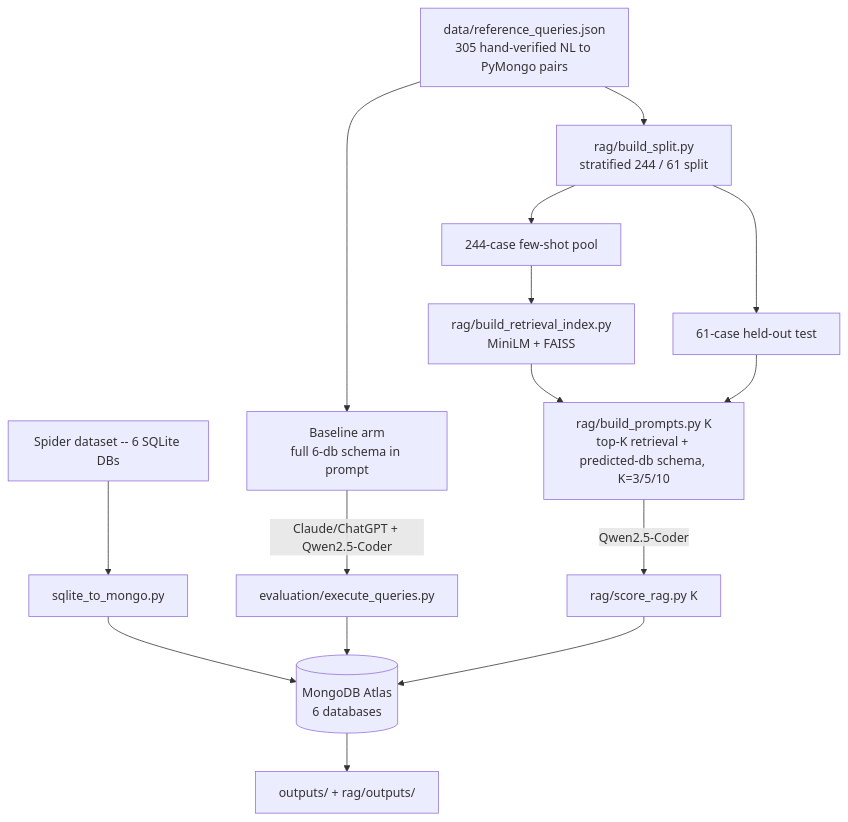
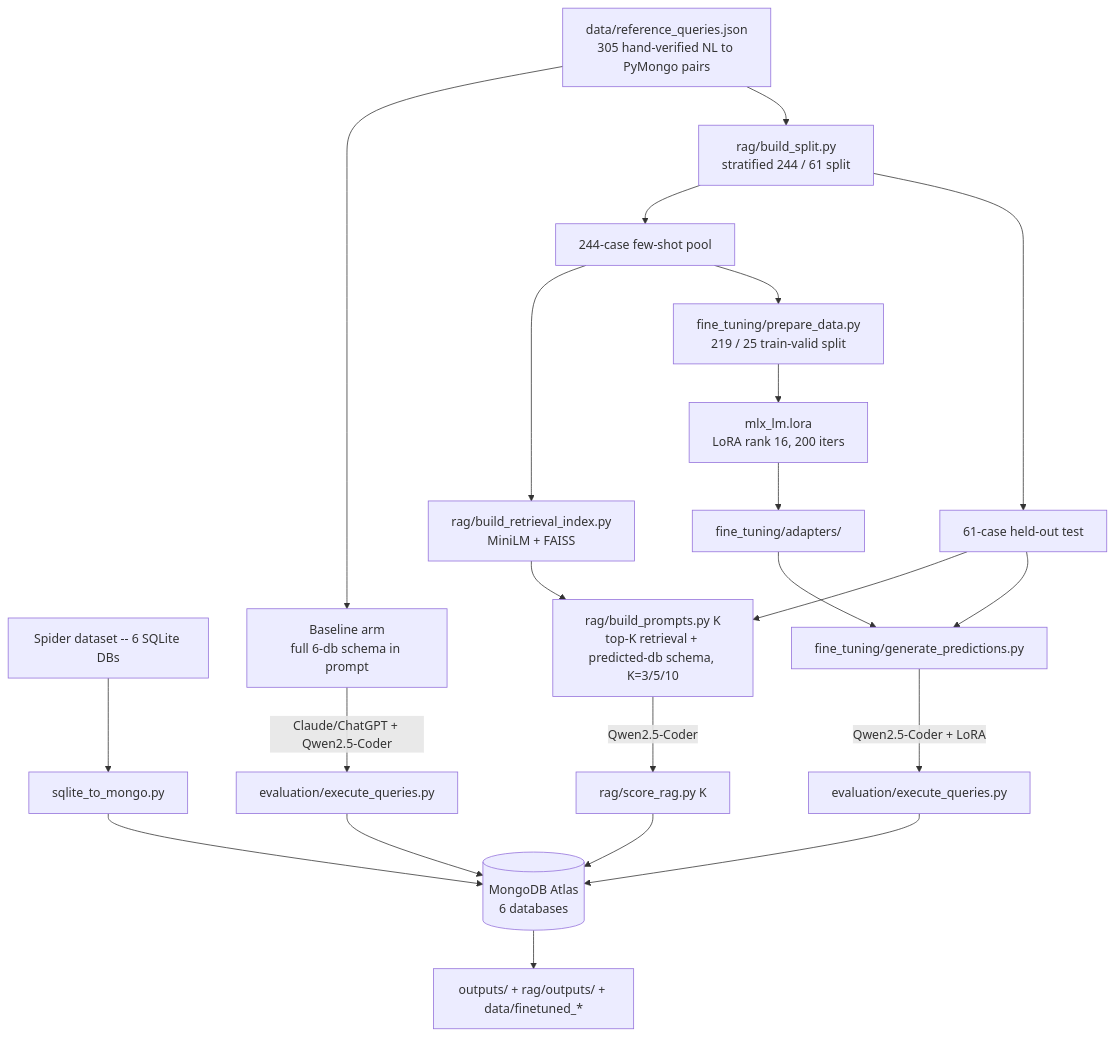
Before and after one commit to tarun1125/CSAIML-Capstone-Project-20: the diagram in README.md, drawn with Mermaid. The commit also changed other lines of this file and 40 other files, not shown here.

Commit message:
Added fine tunning results. Added visualization comparisons across all 3 approaches

````diff
--- a/README.md
+++ b/README.md
@@ -12,20 +12,29 @@
 ```mermaid
 graph TD
     Spider[Spider dataset -- 6 SQLite DBs] --> Convert[sqlite_to_mongo.py]
     Convert --> Atlas[(MongoDB Atlas\n6 databases)]
 
     Ref[data/reference_queries.json\n305 hand-verified NL to PyMongo pairs] --> Baseline
     Ref --> Split[rag/build_split.py\nstratified 244 / 61 split]
 
     Baseline[Baseline arm\nfull 6-db schema in prompt] -->|Claude/ChatGPT + Qwen2.5-Coder| Score1[evaluation/execute_queries.py]
 
     Split --> Pool[244-case few-shot pool] --> Index[rag/build_retrieval_index.py\nMiniLM + FAISS]
     Split --> Test[61-case held-out test]
     Index --> Prompts[rag/build_prompts.py K\ntop-K retrieval + predicted-db schema, K=3/5/10]
     Test --> Prompts
     Prompts -->|Qwen2.5-Coder| Score2[rag/score_rag.py K]
 
     Score1 --> Atlas
     Score2 --> Atlas
-    Atlas --> Results[outputs/ + rag/outputs/]
+
+    Pool --> FTData[fine_tuning/prepare_data.py\n219 / 25 train-valid split]
+    FTData --> Train[mlx_lm.lora\nLoRA rank 16, 200 iters]
+    Train --> Adapter[fine_tuning/adapters/]
+    Adapter --> Gen[fine_tuning/generate_predictions.py]
+    Test --> Gen
+    Gen -->|Qwen2.5-Coder + LoRA| Score3[evaluation/execute_queries.py]
+    Score3 --> Atlas
+
+    Atlas --> Results[outputs/ + rag/outputs/ + data/finetuned_*]
 ```
````
